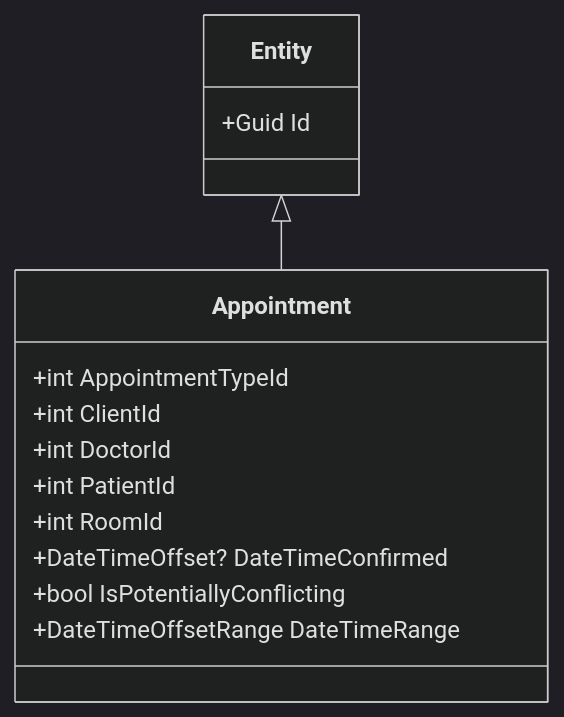
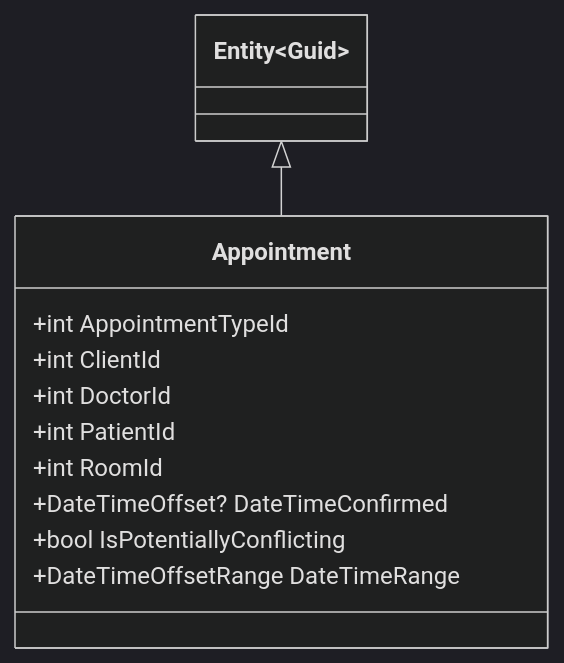
The first of 2 diagrams in 13. DDD/Applying Aggregates and Associations.md (pirocorp/Object-Oriented-Design), drawn with Mermaid (dark theme) before and after one commit.

Commit message:
Update Applying Aggregates and Associations.md

````diff
--- a/13. DDD/Applying Aggregates and Associations.md
+++ b/13. DDD/Applying Aggregates and Associations.md
@@ -71,15 +71,14 @@
 ```mermaid
   classDiagram
-    Entity <|-- Appointment
-    Entity : +Guid Id
+    Entity~Guid~ <|-- Appointment
     class Appointment{
         +int AppointmentTypeId
         +int ClientId
         +int DoctorId
         +int PatientId
         +int RoomId
         +DateTimeOffset? DateTimeConfirmed
         +bool IsPotentiallyConflicting
         +DateTimeOffsetRange DateTimeRange
      }
 ```
````
